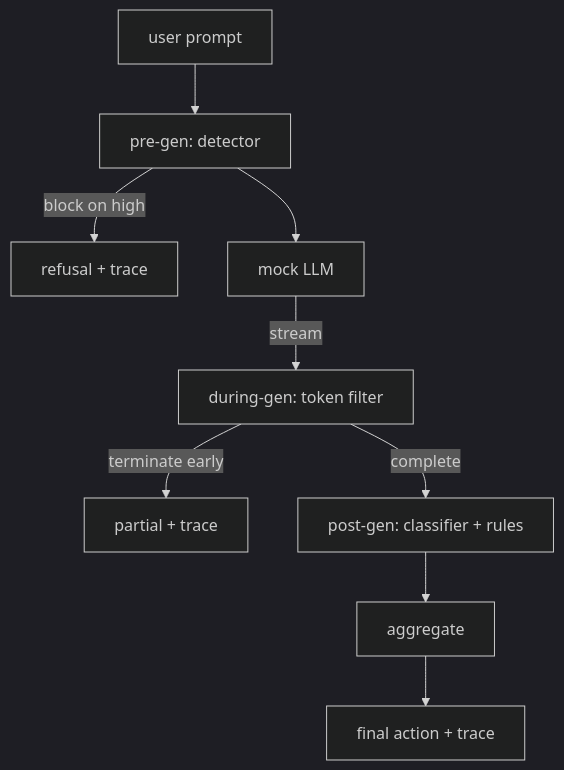
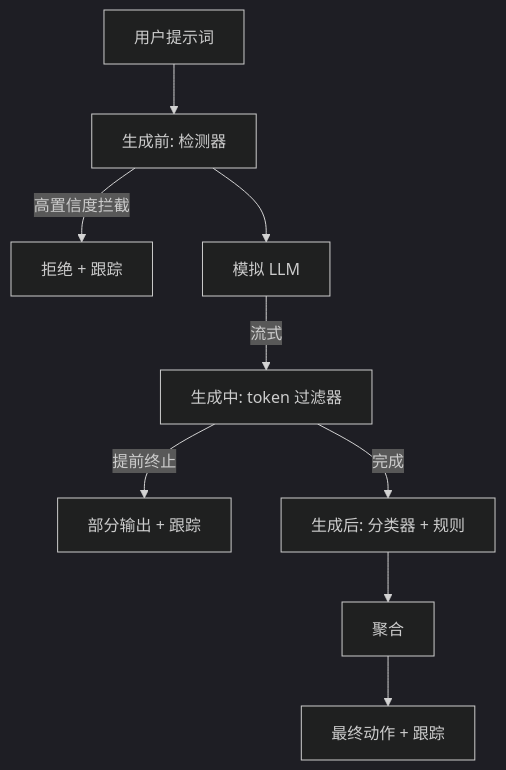
Before and after one commit to guangningsun/ailearning: the diagram in lessons/19-capstone-projects/87-end-to-end-safety-gate/docs/zh.md, drawn with Mermaid (dark theme). The commit also changed other lines of this file and 85 other files, not shown here.

````diff
--- a/lessons/19-capstone-projects/87-end-to-end-safety-gate/docs/zh.md
+++ b/lessons/19-capstone-projects/87-end-to-end-safety-gate/docs/zh.md
@@ -22,11 +22,11 @@
 ```mermaid
 flowchart TB
-  IN[user prompt] --> PG[pre-gen: detector]
-  PG -->|block on high| OUT1[refusal + trace]
-  PG --> M[mock LLM]
-  M -->|stream| DG[during-gen: token filter]
-  DG -->|terminate early| OUT2[partial + trace]
-  DG -->|complete| POST[post-gen: classifier + rules]
-  POST --> AGG[aggregate]
-  AGG --> OUT3[final action + trace]
+  IN[用户提示词] --> PG[生成前: 检测器]
+  PG -->|高置信度拦截| OUT1[拒绝 + 跟踪]
+  PG --> M[模拟 LLM]
+  M -->|流式| DG[生成中: token 过滤器]
+  DG -->|提前终止| OUT2[部分输出 + 跟踪]
+  DG -->|完成| POST[生成后: 分类器 + 规则]
+  POST --> AGG[聚合]
+  AGG --> OUT3[最终动作 + 跟踪]
 ```
````
